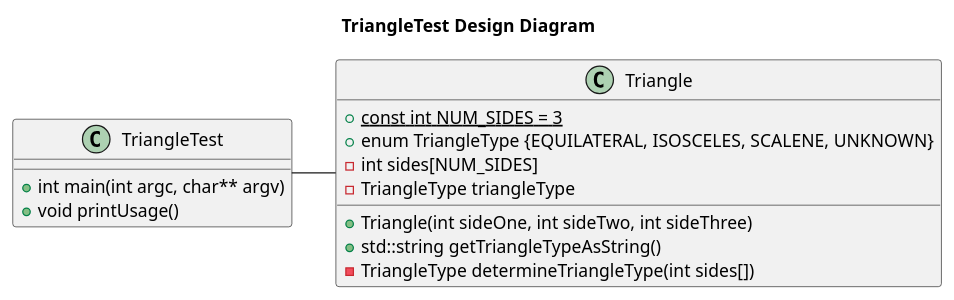
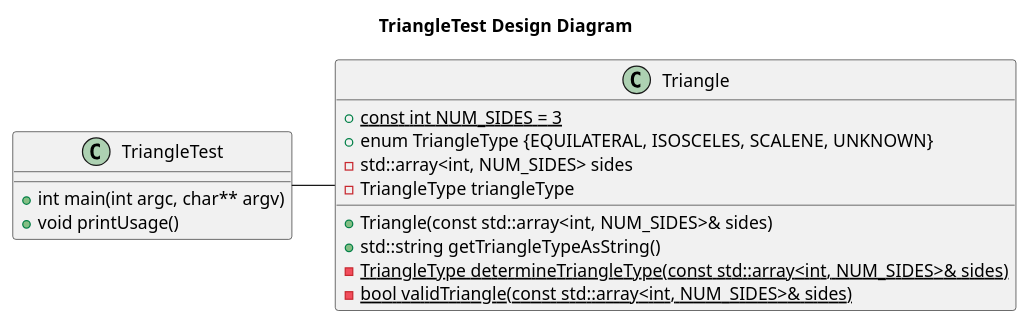
One commit to t-macdon/oop-cpp-605-604 changed the diagram in TriangleTest/docs/design.puml. Above: the diagram before and after it, drawn with PlantUML.

Commit message:
Update UML to reflect some changes to Triangle

```diff
--- a/TriangleTest/docs/design.puml
+++ b/TriangleTest/docs/design.puml
@@ -1,24 +1,25 @@
 @startuml TriangleTest Design Diagram
 
 title TriangleTest Design Diagram
 
 class Triangle {
     + {static} const int NUM_SIDES = 3
     + enum TriangleType {EQUILATERAL, ISOSCELES, SCALENE, UNKNOWN}
-    - int sides[NUM_SIDES]
+    - std::array<int, NUM_SIDES> sides
     - TriangleType triangleType
     __
-    + Triangle(int sideOne, int sideTwo, int sideThree)
+    + Triangle(const std::array<int, NUM_SIDES>& sides)
     + std::string getTriangleTypeAsString()
-    - TriangleType determineTriangleType(int sides[])
+    - {static} TriangleType determineTriangleType(const std::array<int, NUM_SIDES>& sides)
+    - {static} bool validTriangle(const std::array<int, NUM_SIDES>& sides)
 }
 
 class TriangleTest {
     __
     + int main(int argc, char** argv)
     + void printUsage()
 }
 
 Triangle -left- TriangleTest
 
 @enduml
```
